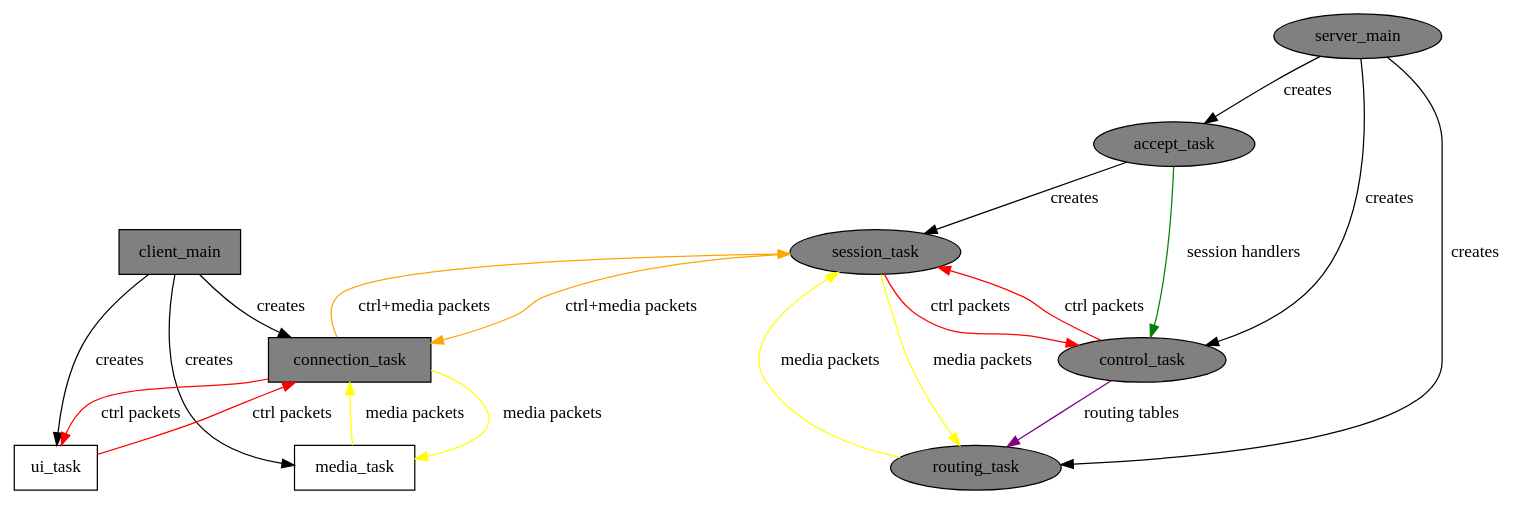
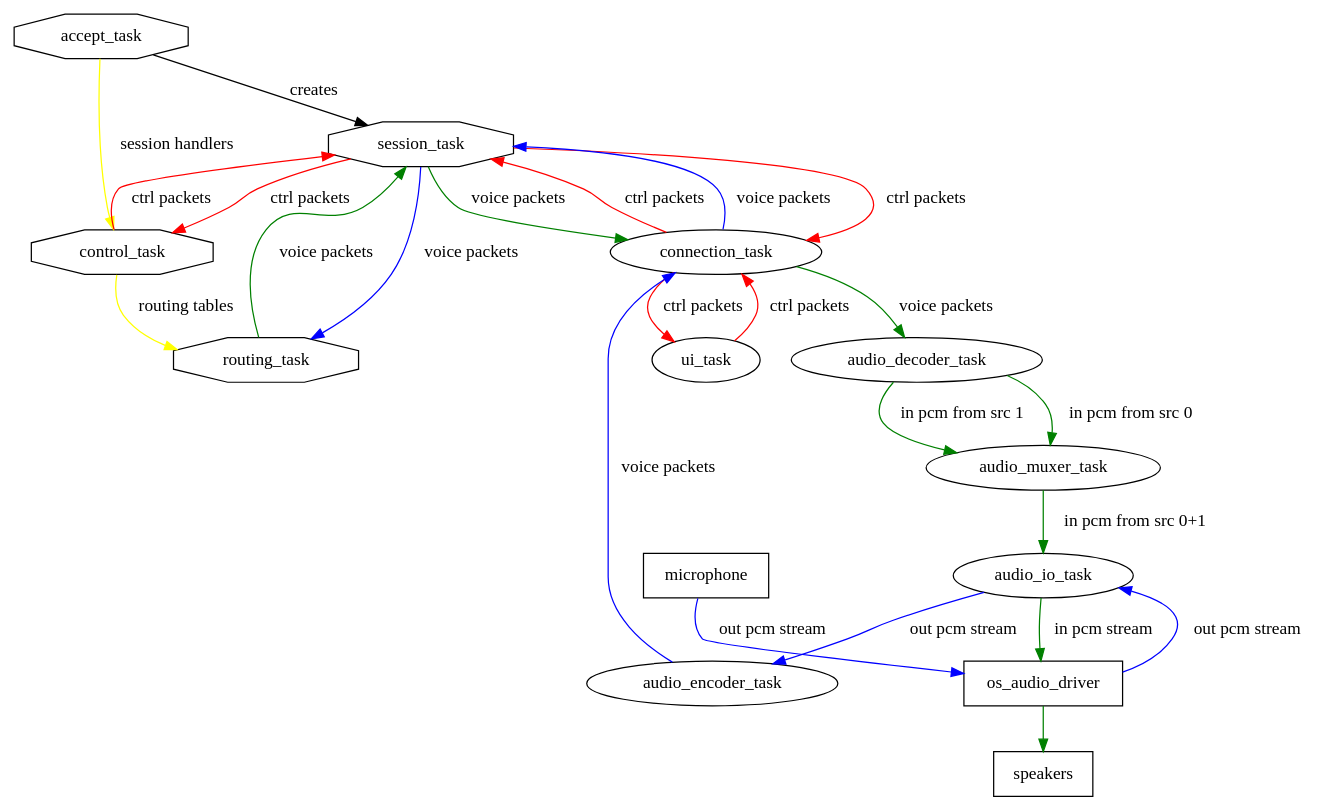
The diagram in stammer.dot (mqnfred/atof), drawn with Graphviz before and after one commit. The commit also changed 19 other files, not shown here.

```diff
--- a/stammer.dot
+++ b/stammer.dot
@@ -1,38 +1,56 @@
 // vim: tw=0
 
 digraph stammer {
 	// server-side tasks
-	server_main [style=filled, fillcolor=grey];
-	accept_task [style=filled, fillcolor=grey];
-	session_task [style=filled, fillcolor=grey];
-	control_task [style=filled, fillcolor=grey];
-	routing_task [style=filled, fillcolor=grey];
+	accept_task [shape=octagon];
+	session_task [shape=octagon];
+	control_task [shape=octagon];
+	routing_task [shape=octagon];
 
-	// client-side tasks
-	client_main [shape=rectangle, style=filled, fillcolor=grey];
-	connection_task [shape=rectangle, style=filled, fillcolor=grey];
-	media_task [shape=rectangle];
-	ui_task [shape=rectangle];
-
-	server_main -> {accept_task control_task routing_task} [label="creates"];
 	accept_task -> session_task [label="creates"];
 
-	accept_task -> control_task [color=green, label="session handlers"];
-	control_task -> routing_task [color=purple, label="routing tables"];
+	accept_task -> control_task [color=yellow, label="session handlers"];
+	control_task -> routing_task [color=yellow, label="routing tables"];
 
 	session_task -> control_task [color=red, label="ctrl packets"];
 	control_task -> session_task [color=red, label="ctrl packets"];
 
-	session_task -> routing_task [color=yellow, label="media packets"];
-	routing_task -> session_task [color=yellow, label="media packets"];
+	connection_task [shape=oval];
+	ui_task [shape=oval];
 
-	client_main -> {connection_task media_task ui_task} [label="creates"];
-	session_task -> connection_task [color=orange, label="ctrl+media packets"];
-	connection_task -> session_task [color=orange, label="ctrl+media packets"];
+	session_task -> connection_task [color=red, label="ctrl packets"];
+	connection_task -> session_task [color=red, label="ctrl packets"];
 
 	connection_task -> ui_task [color=red, label="ctrl packets"];
 	ui_task -> connection_task [color=red, label="ctrl packets"];
 
-	connection_task -> media_task [color=yellow, label="media packets"];
-	media_task -> connection_task [color=yellow, label="media packets"];
+	// media-side tasks
+	audio_decoder_task [shape=oval];
+	audio_encoder_task [shape=oval];
+	audio_muxer_task [shape=oval];
+	audio_io_task [shape=oval];
+
+	// os/user entities
+	os_audio_driver [shape=rectangle];
+	microphone [shape=rectangle];
+	speakers [shape=rectangle];
+
+	// from routing all the way to the speaker
+
+	// flow from somebody's microphone to their own speakers
+	microphone -> os_audio_driver [color=blue, label="out pcm stream"];
+	os_audio_driver -> audio_io_task [color=blue, label="out pcm stream"];
+	audio_io_task -> audio_encoder_task [color=blue, label="out pcm stream"];
+	audio_encoder_task -> connection_task [color=blue, label="voice packets"];
+	connection_task -> session_task [color=blue, label="voice packets"];
+	session_task -> routing_task [color=blue, label="voice packets"];
+	// and now going back
+	routing_task -> session_task [color=green, label="voice packets"];
+	session_task -> connection_task [color=green, label="voice packets"];
+	connection_task -> audio_decoder_task [color=green, label="voice packets"];
+	audio_decoder_task -> audio_muxer_task [color=green, label="in pcm from src 0"];
+	audio_decoder_task -> audio_muxer_task [color=green, label="in pcm from src 1"];
+	audio_muxer_task -> audio_io_task [color=green, label="in pcm from src 0+1"];
+	audio_io_task -> os_audio_driver [color=green, label="in pcm stream"];
+	os_audio_driver -> speakers [color=green];
 }
```
